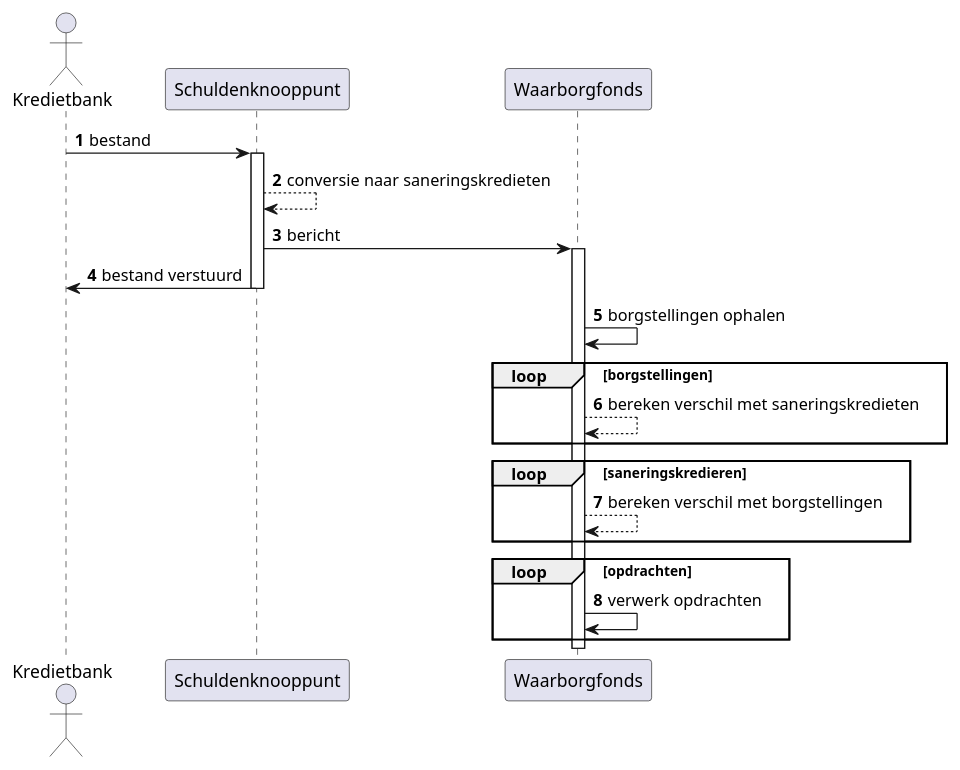
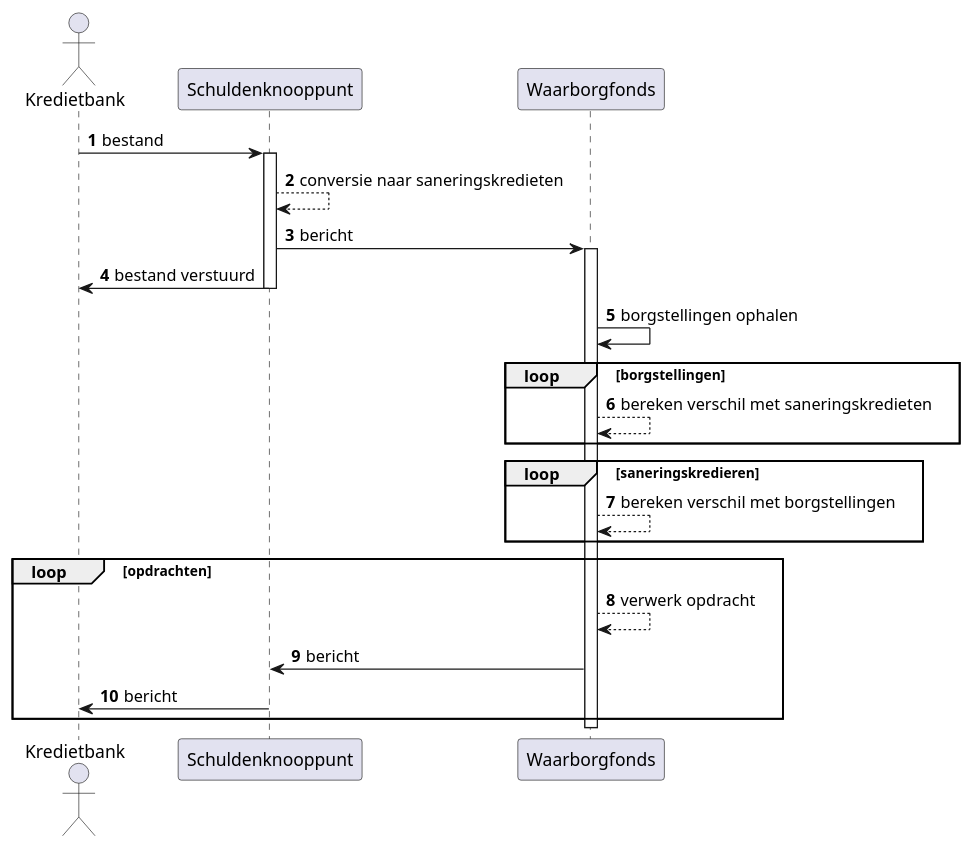
One commit to sbnnl/documentatie changed the diagram in docs/800_adapters/100_handmatig-muteren/sequence-diagram.puml. Above: the diagram before and after it, drawn with PlantUML. The commit also changed 1 other file, not shown here.

Commit message:
sequence diagram aangepast

```diff
--- a/docs/800_adapters/100_handmatig-muteren/sequence-diagram.puml
+++ b/docs/800_adapters/100_handmatig-muteren/sequence-diagram.puml
@@ -1,39 +1,41 @@
 @startuml
 autonumber
 
 actor Kredietbank as user
 participant "Schuldenknooppunt" as skp
 participant "Waarborgfonds" as wsk
 
 user -> skp : bestand
 
 activate skp
 
 skp --> skp : conversie naar saneringskredieten
 
 skp -> wsk : bericht
 
 activate wsk
 
 skp -> user : bestand verstuurd
 
 deactivate skp
 
 
 wsk -> wsk : borgstellingen ophalen
 
 loop borgstellingen
     wsk --> wsk : bereken verschil met saneringskredieten
 end
 
 loop saneringskredieren
     wsk --> wsk : bereken verschil met borgstellingen
 end
 
 loop opdrachten
-    wsk -> wsk : verwerk opdrachten
+    wsk --> wsk : verwerk opdracht
+    wsk -> skp : bericht
+    skp -> user : bericht
 end
 
 deactivate wsk
 
 @enduml
```
